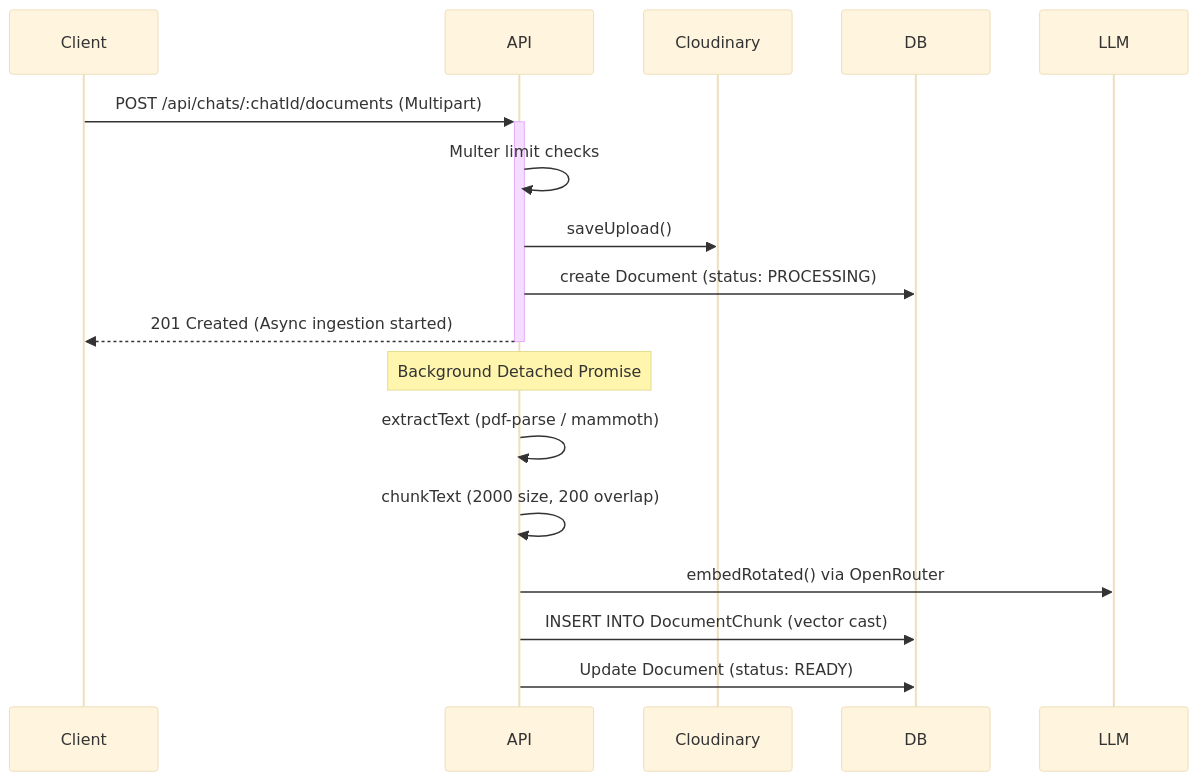
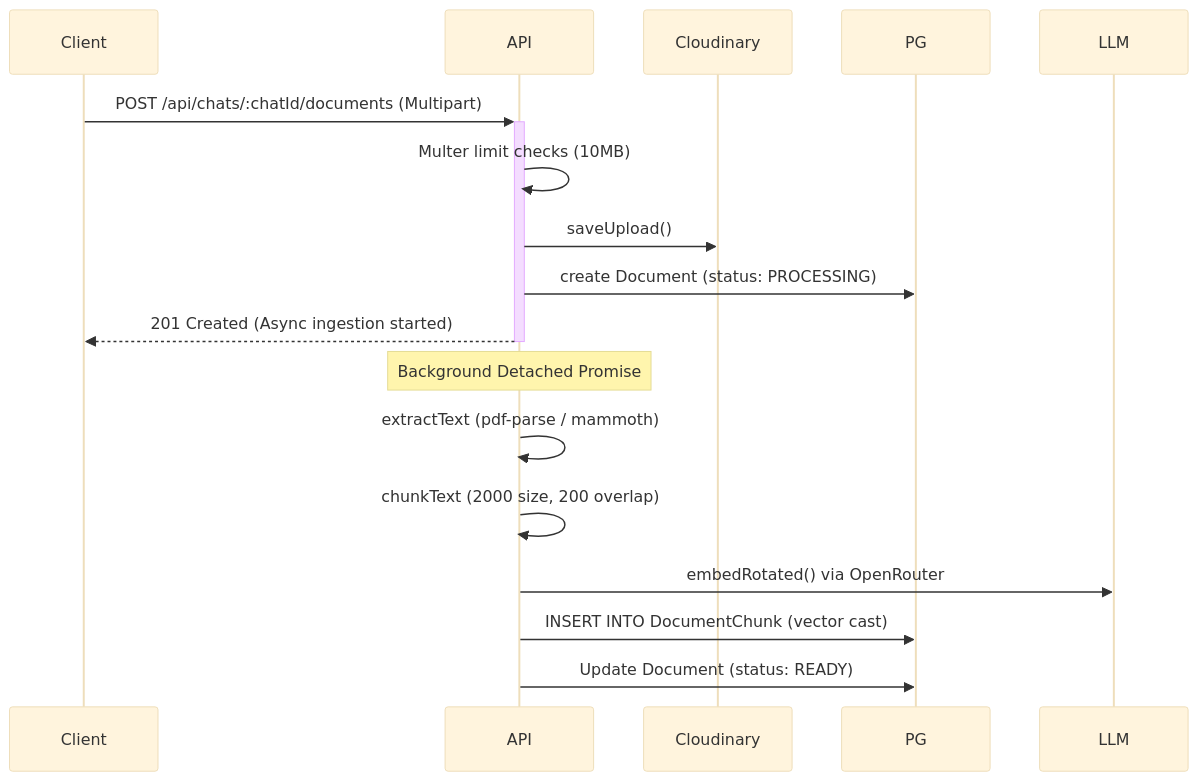
Before and after one commit to blxckpxnther46/rag99: the fourth of 7 diagrams in docs/HLD.md, drawn with Mermaid (base theme). The commit also changed other lines of this file and 18 other files, not shown here.

````diff
--- a/docs/HLD.md
+++ b/docs/HLD.md
@@ -74,15 +88,15 @@
 ```mermaid
 sequenceDiagram
     Client->>+API: POST /api/chats/:chatId/documents (Multipart)
-    API->>API: Multer limit checks
+    API->>API: Multer limit checks (10MB)
     API->>Cloudinary: saveUpload()
-    API->>DB: create Document (status: PROCESSING)
+    API->>PG: create Document (status: PROCESSING)
     API-->>-Client: 201 Created (Async ingestion started)
     
     note over API: Background Detached Promise
     API->>API: extractText (pdf-parse / mammoth)
     API->>API: chunkText (2000 size, 200 overlap)
     API->>LLM: embedRotated() via OpenRouter
-    API->>DB: INSERT INTO DocumentChunk (vector cast)
-    API->>DB: Update Document (status: READY)
+    API->>PG: INSERT INTO DocumentChunk (vector cast)
+    API->>PG: Update Document (status: READY)
 ```
````
